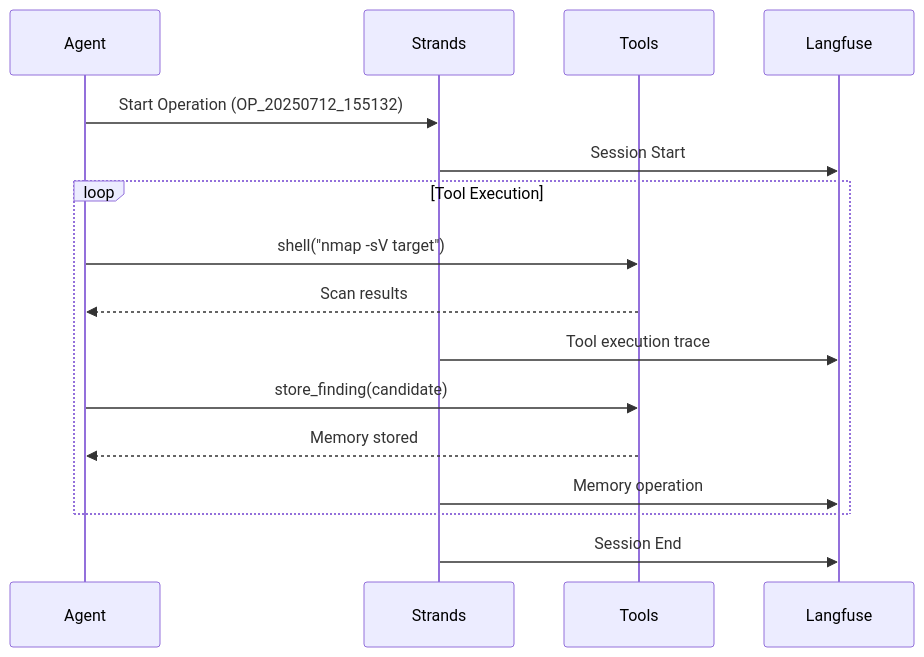
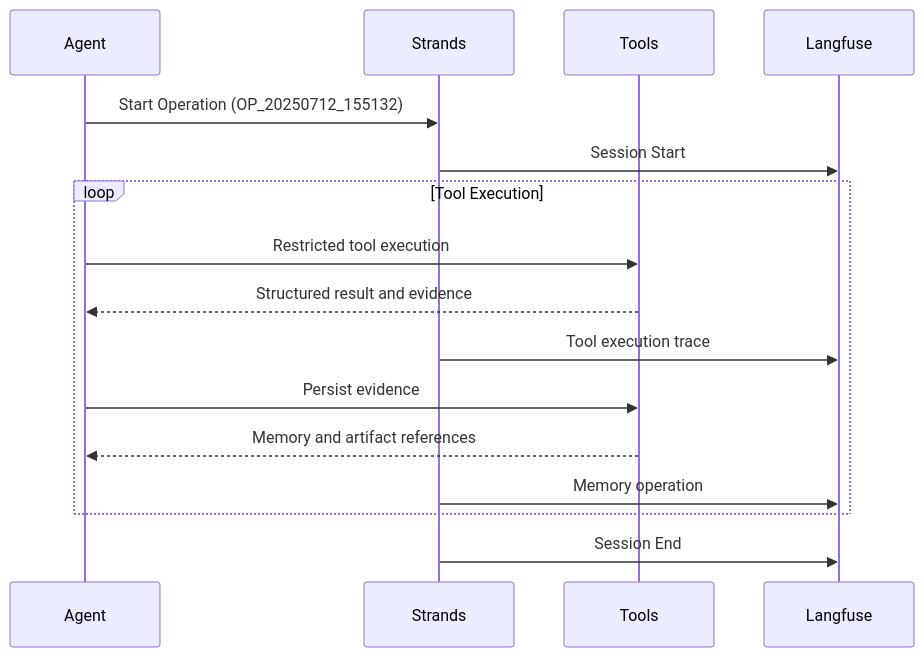
The third of 3 diagrams in docs/observability-evaluation.md (double16/Cyber-AutoAgent-ng), drawn with Mermaid before and after one commit. The commit also changed other lines of this file and 32 other files, not shown here.

````diff
--- a/docs/observability-evaluation.md
+++ b/docs/observability-evaluation.md
@@ -49,22 +49,22 @@
 ```mermaid
 sequenceDiagram
     participant Agent
     participant Strands
     participant Tools
     participant Langfuse
     
     Agent->>Strands: Start Operation (OP_20250712_155132)
     Strands->>Langfuse: Session Start
     
     loop Tool Execution
-        Agent->>Tools: shell("nmap -sV target")
-        Tools-->>Agent: Scan results
+        Agent->>Tools: Restricted tool execution
+        Tools-->>Agent: Structured result and evidence
         Strands->>Langfuse: Tool execution trace
         
-        Agent->>Tools: store_finding(candidate)
-        Tools-->>Agent: Memory stored
+        Agent->>Tools: Persist evidence
+        Tools-->>Agent: Memory and artifact references
         Strands->>Langfuse: Memory operation
     end
     
     Strands->>Langfuse: Session End
 ```
````
